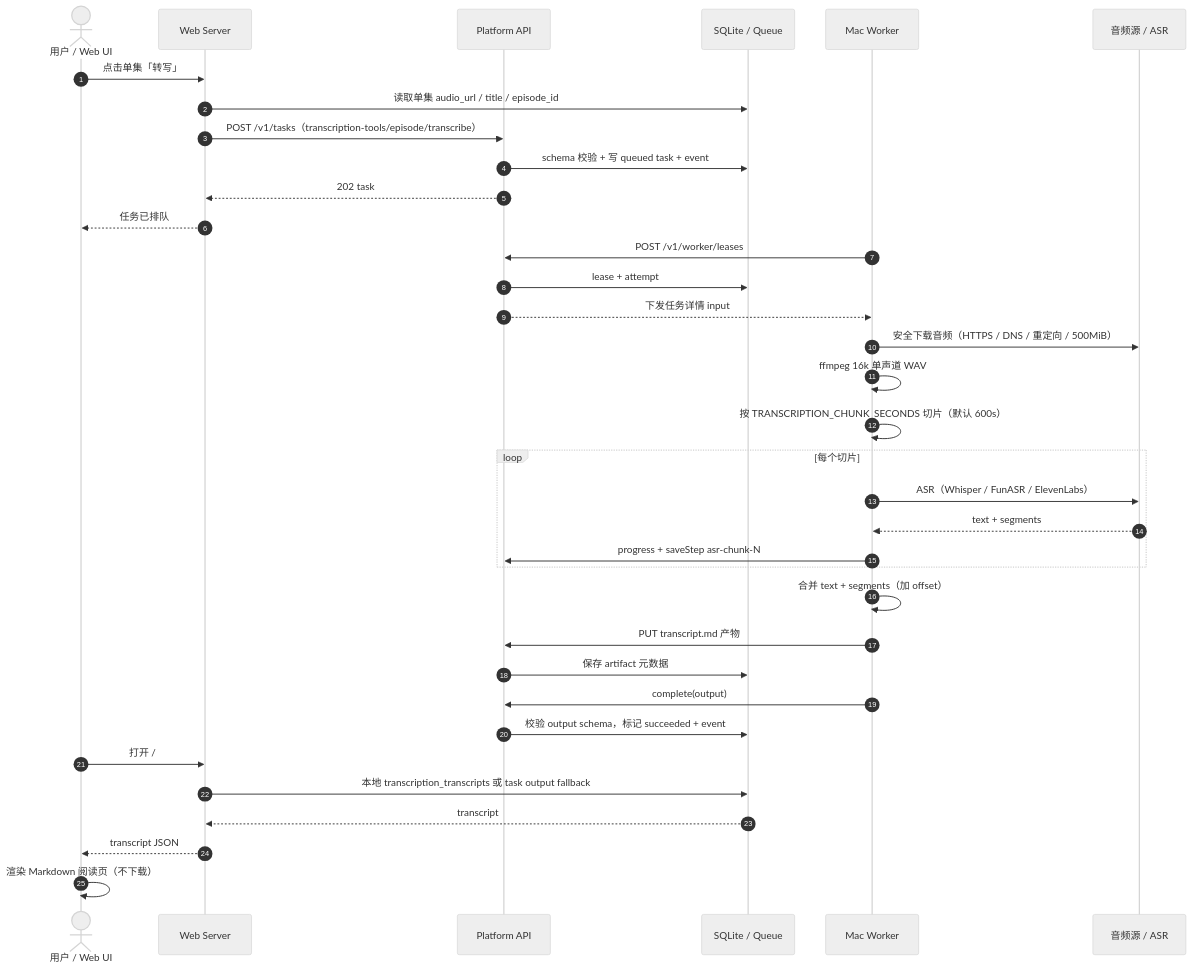
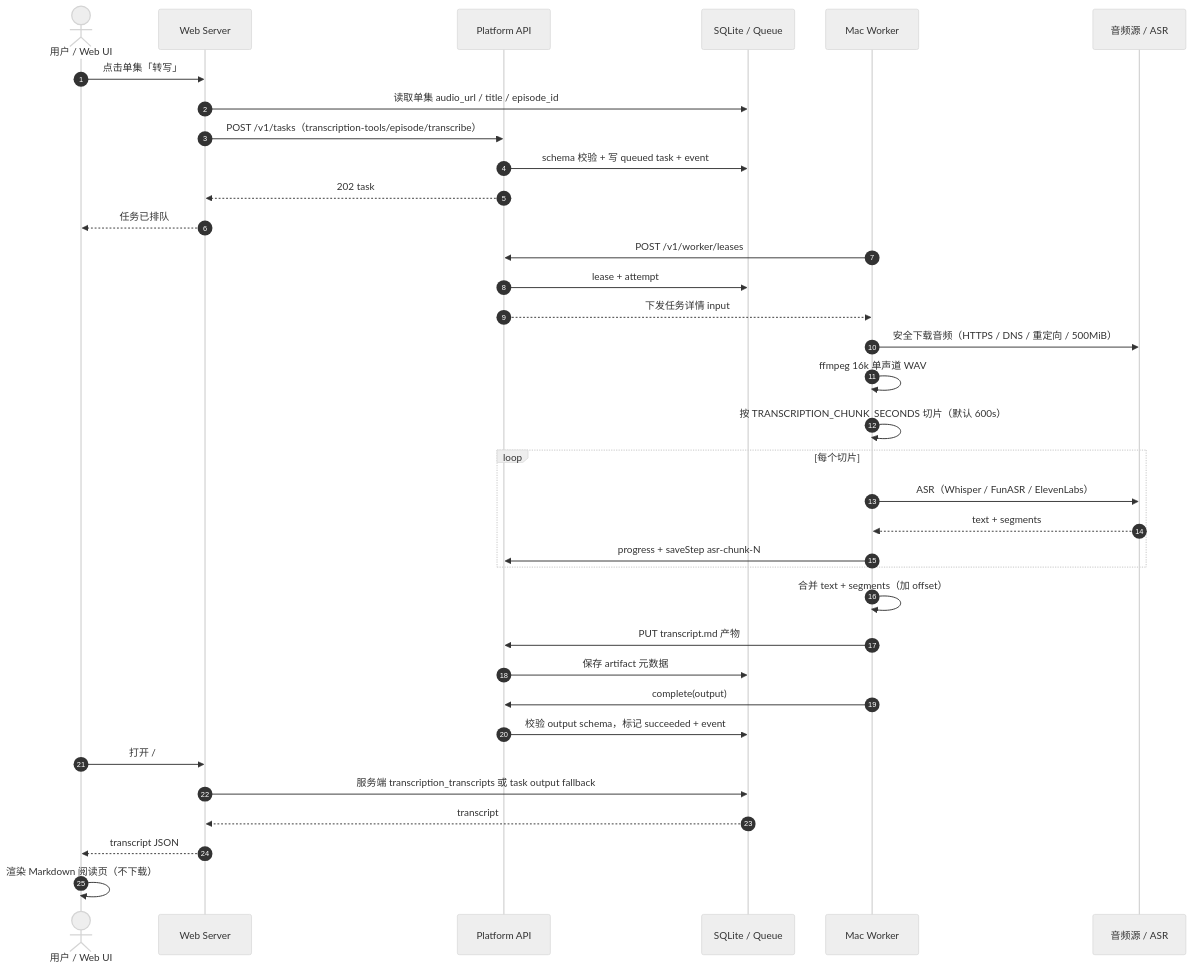
Before and after one commit to yueyao/yuxu-dynamic: the fourth of 5 diagrams in taskbase/docs/architecture.md, drawn with Mermaid (neutral theme). The commit also changed other lines of this file and 6 other files, not shown here.

````diff
--- a/taskbase/docs/architecture.md
+++ b/taskbase/docs/architecture.md
@@ -234,43 +234,43 @@
 ```mermaid
 sequenceDiagram
     autonumber
     actor U as 用户 / Web UI
     participant W as Web Server
     participant P as Platform API
     participant Q as SQLite / Queue
     participant K as Mac Worker
     participant A as 音频源 / ASR
 
     U->>W: 点击单集「转写」
     W->>Q: 读取单集 audio_url / title / episode_id
     W->>P: POST /v1/tasks（transcription-tools/episode/transcribe）
     P->>Q: schema 校验 + 写 queued task + event
     P-->>W: 202 task
     W-->>U: 任务已排队
 
     K->>P: POST /v1/worker/leases
     P->>Q: lease + attempt
     P-->>K: 下发任务详情 input
 
     K->>A: 安全下载音频（HTTPS / DNS / 重定向 / 500MiB）
     K->>K: ffmpeg 16k 单声道 WAV
     K->>K: 按 TRANSCRIPTION_CHUNK_SECONDS 切片（默认 600s）
 
     loop 每个切片
         K->>A: ASR（Whisper / FunASR / ElevenLabs）
         A-->>K: text + segments
         K->>P: progress + saveStep asr-chunk-N
     end
 
     K->>K: 合并 text + segments（加 offset）
     K->>P: PUT transcript.md 产物
     P->>Q: 保存 artifact 元数据
     K->>P: complete(output)
     P->>Q: 校验 output schema，标记 succeeded + event
 
     U->>W: 打开 /#/transcript/:episode
-    W->>Q: 本地 transcription_transcripts 或 task output fallback
+    W->>Q: 服务端 transcription_transcripts 或 task output fallback
     Q-->>W: transcript
     W-->>U: transcript JSON
     U->>U: 渲染 Markdown 阅读页（不下载）
 ```
````
